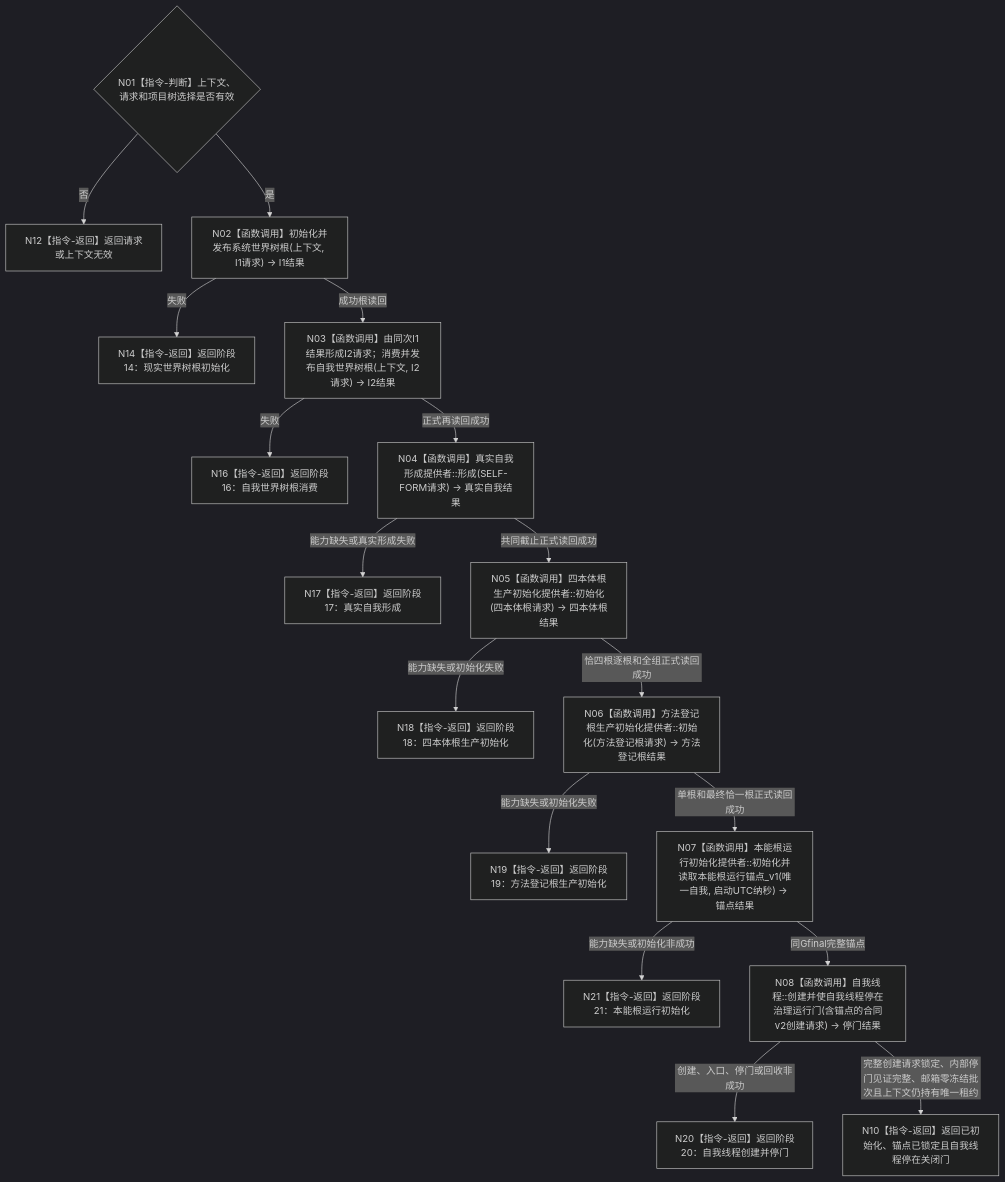
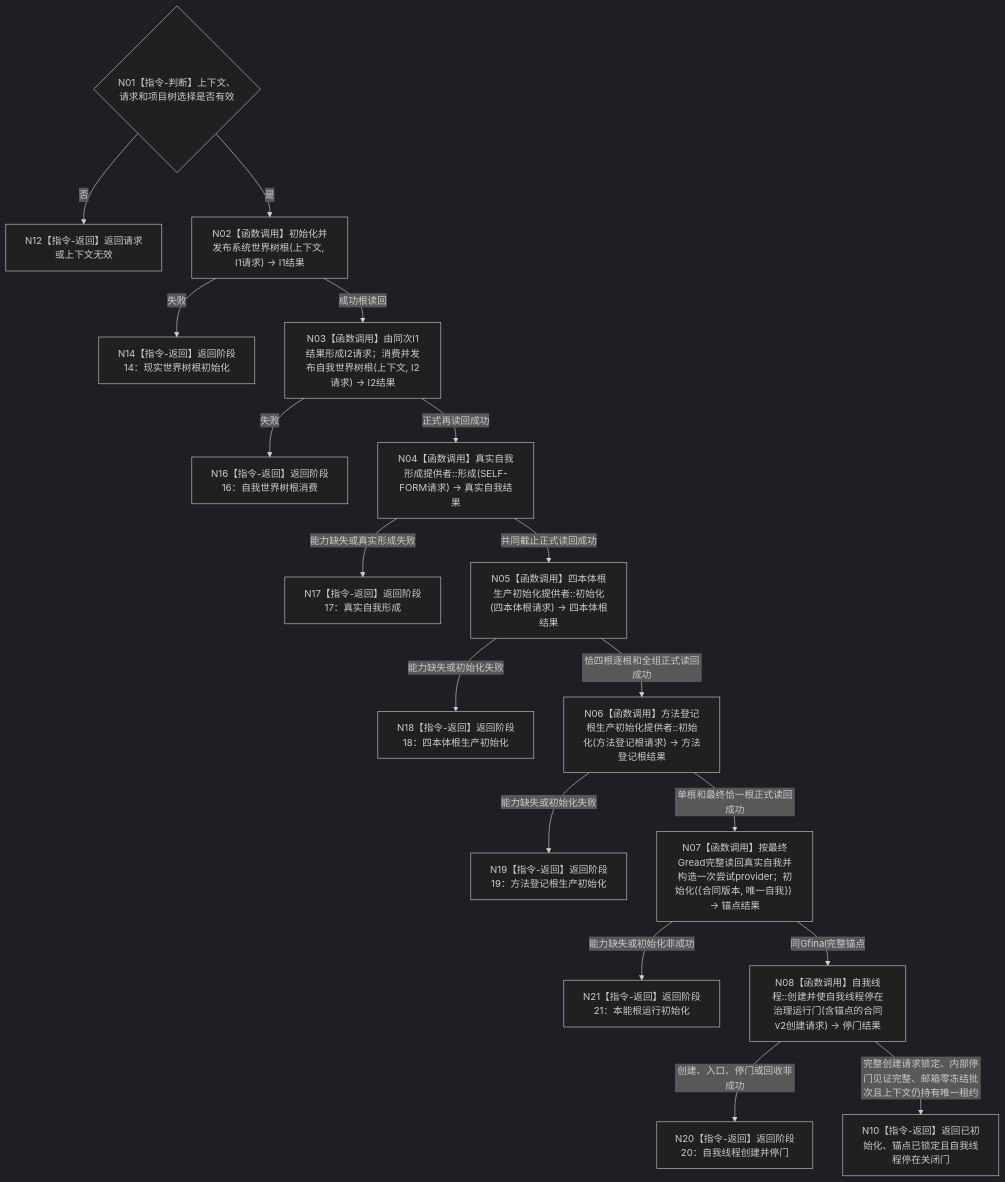
The diagram in 流程图/目标业务流程图/L2/BIZ-L2-001-03_初始化普通系统_目标函数流程图_v0.2.md (chunhaizh-cyber/HY-Ego), drawn with Mermaid (dark theme) before and after one commit. The commit also changed other lines of this file and 3 other files, not shown here.

Commit message:
提交现有初始化流程图修订并忽略本地会话锁

````diff
--- a/流程图/目标业务流程图/L2/BIZ-L2-001-03_初始化普通系统_目标函数流程图_v0.2.md
+++ b/流程图/目标业务流程图/L2/BIZ-L2-001-03_初始化普通系统_目标函数流程图_v0.2.md
@@ -29,19 +29,19 @@
 ```mermaid
 flowchart TD
     N01{"N01【指令-判断】上下文、请求和项目树选择是否有效"} -->|否| N12["N12【指令-返回】返回请求或上下文无效"]
     N01 -->|是| N02["N02【函数调用】初始化并发布系统世界树根(上下文, I1请求) -> I1结果"]
     N02 -->|失败| N14["N14【指令-返回】返回阶段14：现实世界树根初始化"]
     N02 -->|成功根读回| N03["N03【函数调用】由同次I1结果形成I2请求；消费并发布自我世界树根(上下文, I2请求) -> I2结果"]
     N03 -->|失败| N16["N16【指令-返回】返回阶段16：自我世界树根消费"]
     N03 -->|正式再读回成功| N04["N04【函数调用】真实自我形成提供者::形成(SELF-FORM请求) -> 真实自我结果"]
     N04 -->|能力缺失或真实形成失败| N17["N17【指令-返回】返回阶段17：真实自我形成"]
     N04 -->|共同截止正式读回成功| N05["N05【函数调用】四本体根生产初始化提供者::初始化(四本体根请求) -> 四本体根结果"]
     N05 -->|能力缺失或初始化失败| N18["N18【指令-返回】返回阶段18：四本体根生产初始化"]
     N05 -->|恰四根逐根和全组正式读回成功| N06["N06【函数调用】方法登记根生产初始化提供者::初始化(方法登记根请求) -> 方法登记根结果"]
     N06 -->|能力缺失或初始化失败| N19["N19【指令-返回】返回阶段19：方法登记根生产初始化"]
-    N06 -->|单根和最终恰一根正式读回成功| N07["N07【函数调用】本能根运行初始化提供者::初始化并读取本能根运行锚点_v1(唯一自我, 启动UTC纳秒) -> 锚点结果"]
+    N06 -->|单根和最终恰一根正式读回成功| N07["N07【函数调用】按最终Gread完整读回真实自我并构造一次尝试provider；初始化({合同版本, 唯一自我}) -> 锚点结果"]
     N07 -->|能力缺失或初始化非成功| N21["N21【指令-返回】返回阶段21：本能根运行初始化"]
     N07 -->|同Gfinal完整锚点| N08["N08【函数调用】自我线程::创建并使自我线程停在治理运行门(含锚点的合同v2创建请求) -> 停门结果"]
     N08 -->|创建、入口、停门或回收非成功| N20["N20【指令-返回】返回阶段20：自我线程创建并停门"]
     N08 -->|完整创建请求锁定、内部停门见证完整、邮箱零冻结批次且上下文仍持有唯一租约| N10["N10【指令-返回】返回已初始化、锚点已锁定且自我线程停在关闭门"]
 ```
````
